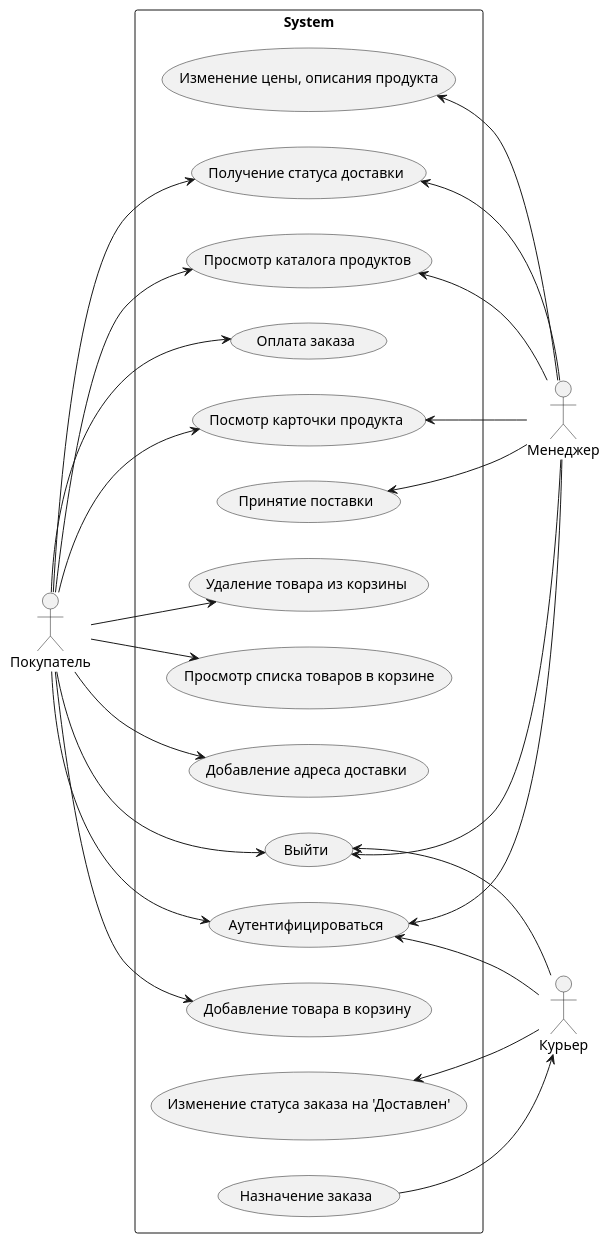
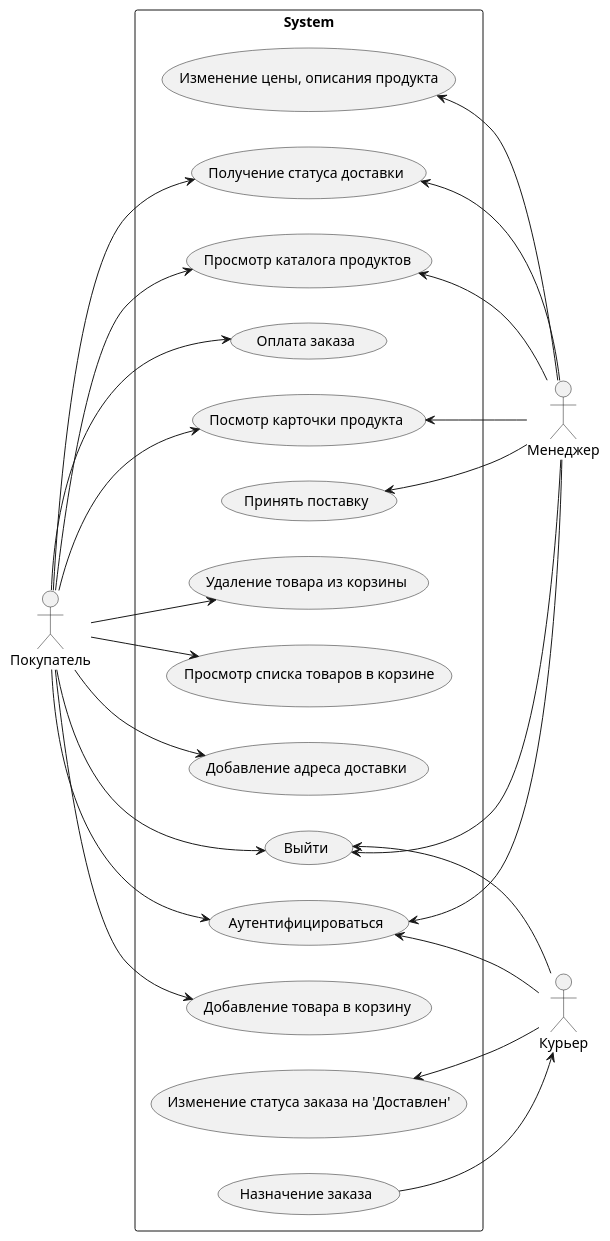
The fourth of 4 diagrams in README.md (gerzhan/knigaexpert-system-design), drawn with PlantUML before and after one commit. The commit also changed 4 other files, not shown here.

````diff
--- a/README.md
+++ b/README.md
@@ -137,62 +137,62 @@
 ```plantuml
 left to right direction
 skinparam packageStyle rectangle
 
 actor Покупатель as client
 actor Менеджер as manager
 actor Курьер as courier
 
 rectangle System {
   ' auth
   usecase (Аутентифицироваться) as UC1
   usecase (Выйти) as UC2
   ' catalog
   usecase (Просмотр каталога продуктов) as UC3
   usecase (Посмотр карточки продукта) as UC4
   usecase (Изменение цены, описания продукта) as UC5
   ' delivery
   usecase (Получение статуса доставки) as UC6
   usecase (Изменение статуса заказа на 'Доставлен') as UC7
   usecase (Назначение заказа) as UC8
   
   ' ordering
   usecase (Добавление товара в корзину) as UC9
   usecase (Удаление товара из корзины) as UC10
   usecase (Просмотр списка товаров в корзине) as UC11
   usecase (Добавление адреса доставки) as UC12
   usecase (Оплата заказа) as UC13
 
   ' warehouse
-  usecase (Принятие поставки) as UC14
+  usecase (Принять поставку) as UC14
 }
 
 client --> UC1
 UC1 <-- manager
 UC1 <--courier
 
 client --> UC2
 UC2 <-- manager
 UC2 <--courier
 
 client --> UC3
 UC3 <-- manager
 
 client --> UC4
 UC4 <-- manager
 
 UC5 <-- manager
 
 client --> UC6
 UC6 <-- manager
 
 UC7 <--courier
 UC8 --> courier
 
 client --> UC9
 client --> UC10
 client --> UC11
 client --> UC12
 client --> UC13
 
 UC14 <-- manager
 ```
````
